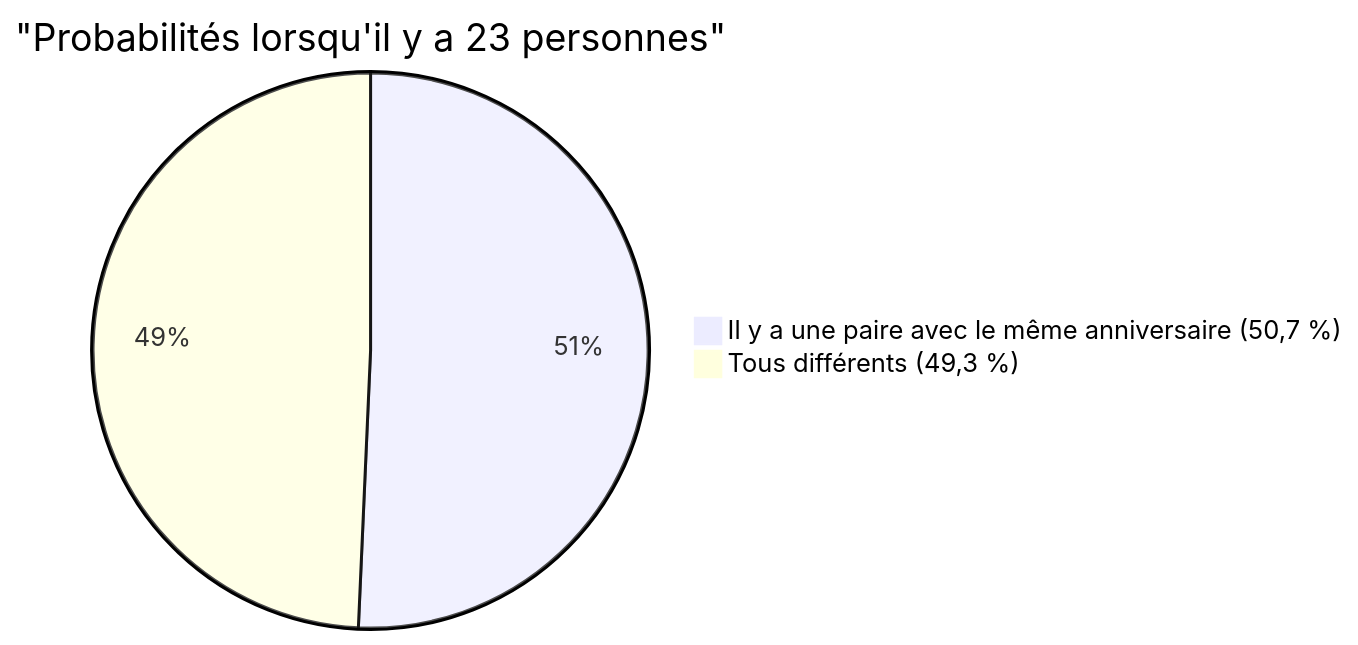
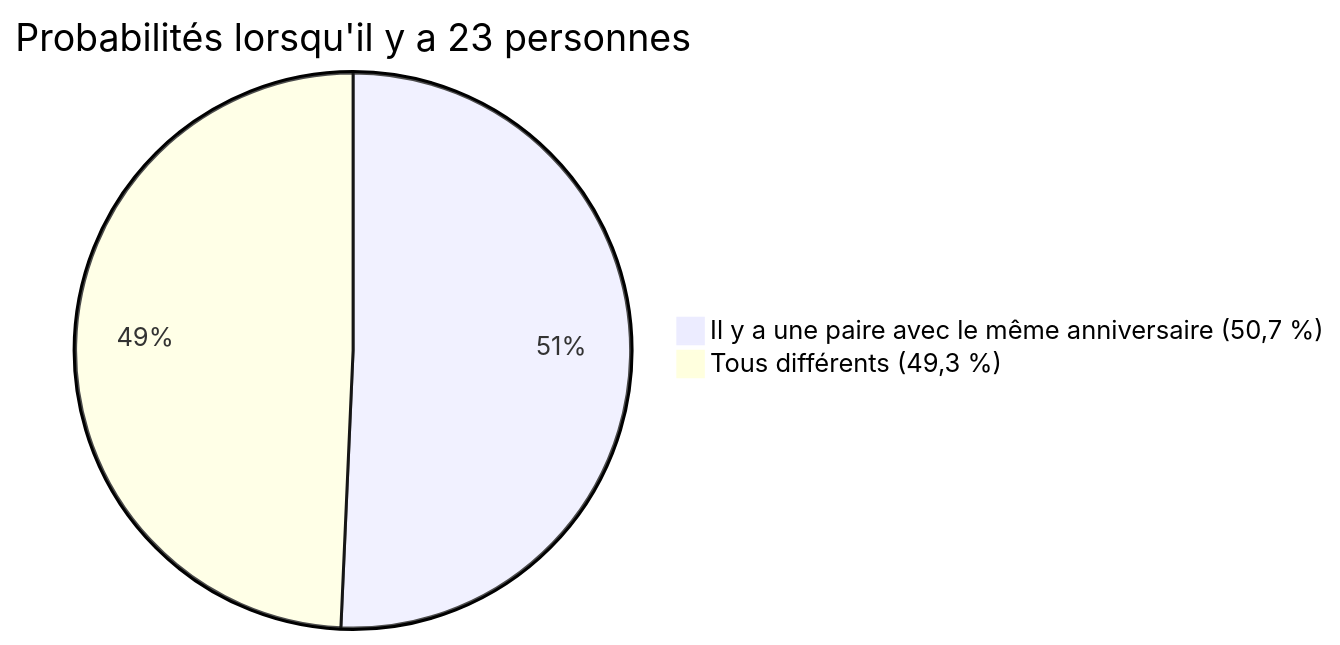
The second of 2 diagrams in content/post/バースデイパラドックス/index.fr.md (kenjinote/blog), drawn with Mermaid before and after one commit. The commit also changed other lines of this file and 703 other files, not shown here.

Commit message:
Fix: Remove quotes from Mermaid link texts and timeline definitions to support Mermaid 11.4.1

````diff
--- a/content/post/バースデイパラドックス/index.fr.md
+++ b/content/post/バースデイパラドックス/index.fr.md
@@ -100,5 +100,5 @@
 ```mermaid
-pie title "Probabilités lorsqu'il y a 23 personnes"
+pie title Probabilités lorsqu'il y a 23 personnes
     "Il y a une paire avec le même anniversaire (50,7 %)" : 50.7
     "Tous différents (49,3 %)" : 49.3
 ```
````
